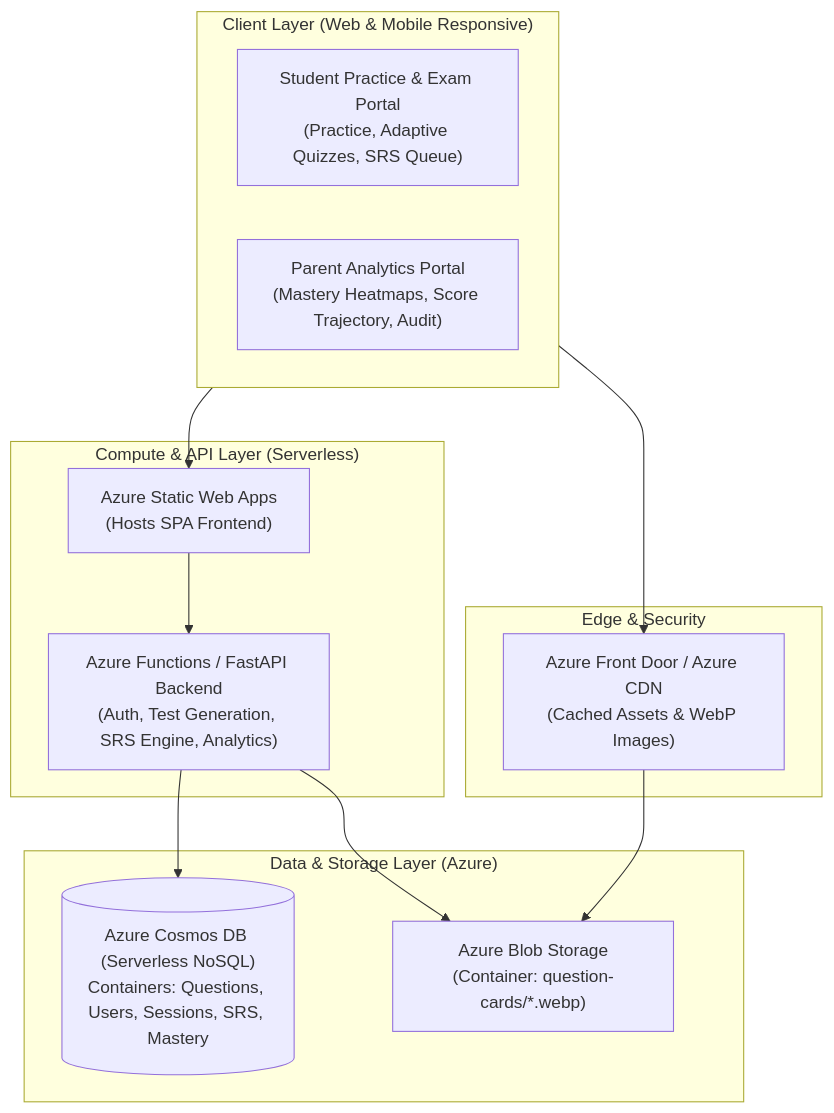
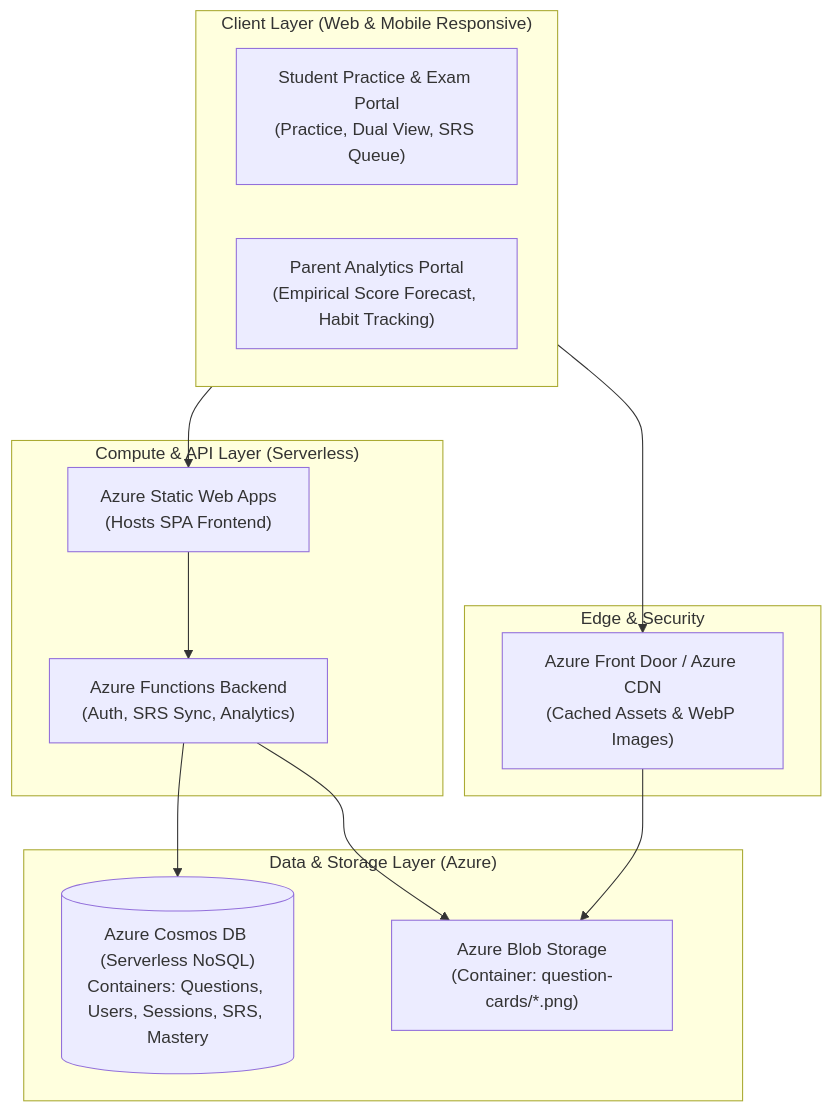
Before and after one commit to as17237/psat-prep: the first of 3 diagrams in SYSTEM_ARCHITECTURE_AND_PLAN.md, drawn with Mermaid. The commit also changed other lines of this file and 13 other files, not shown here.

````diff
--- a/SYSTEM_ARCHITECTURE_AND_PLAN.md
+++ b/SYSTEM_ARCHITECTURE_AND_PLAN.md
@@ -40,28 +37,28 @@
 ```mermaid
 graph TB
     subgraph ClientLayer ["Client Layer (Web & Mobile Responsive)"]
-        A["Student Practice & Exam Portal\n(Practice, Adaptive Quizzes, SRS Queue)"]
-        B["Parent Analytics Portal\n(Mastery Heatmaps, Score Trajectory, Audit)"]
+        A["Student Practice & Exam Portal\n(Practice, Dual View, SRS Queue)"]
+        B["Parent Analytics Portal\n(Empirical Score Forecast, Habit Tracking)"]
     end
 
     subgraph CDNLayer ["Edge & Security"]
         CDN["Azure Front Door / Azure CDN\n(Cached Assets & WebP Images)"]
     end
 
     subgraph AppLayer ["Compute & API Layer (Serverless)"]
         SWA["Azure Static Web Apps\n(Hosts SPA Frontend)"]
-        FUNC["Azure Functions / FastAPI Backend\n(Auth, Test Generation, SRS Engine, Analytics)"]
+        FUNC["Azure Functions Backend\n(Auth, SRS Sync, Analytics)"]
     end
 
     subgraph DataLayer ["Data & Storage Layer (Azure)"]
         COSMOS[("Azure Cosmos DB (Serverless NoSQL)\nContainers: Questions, Users, Sessions, SRS, Mastery")]
-        BLOB["Azure Blob Storage\n(Container: question-cards/*.webp)"]
+        BLOB["Azure Blob Storage\n(Container: question-cards/*.png)"]
     end
 
     ClientLayer --> SWA
     ClientLayer --> CDN
     CDN --> BLOB
     SWA --> FUNC
     FUNC --> COSMOS
     FUNC --> BLOB
 ```
````
